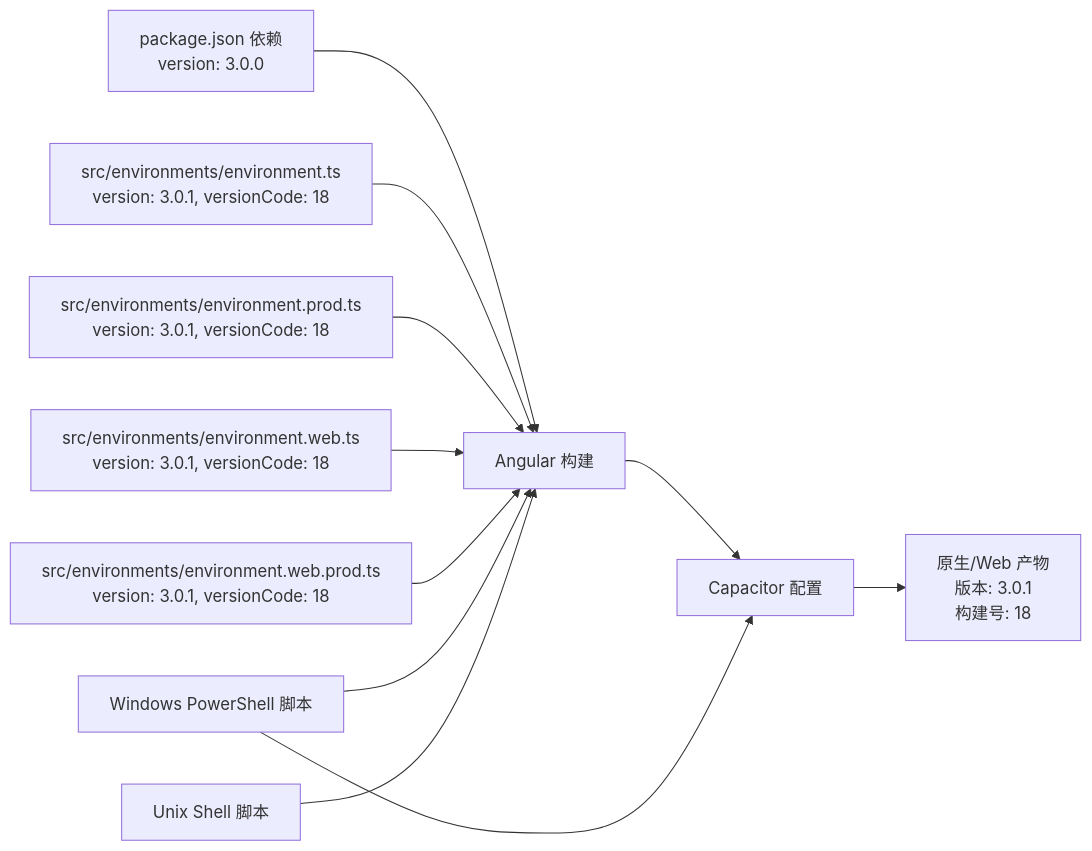
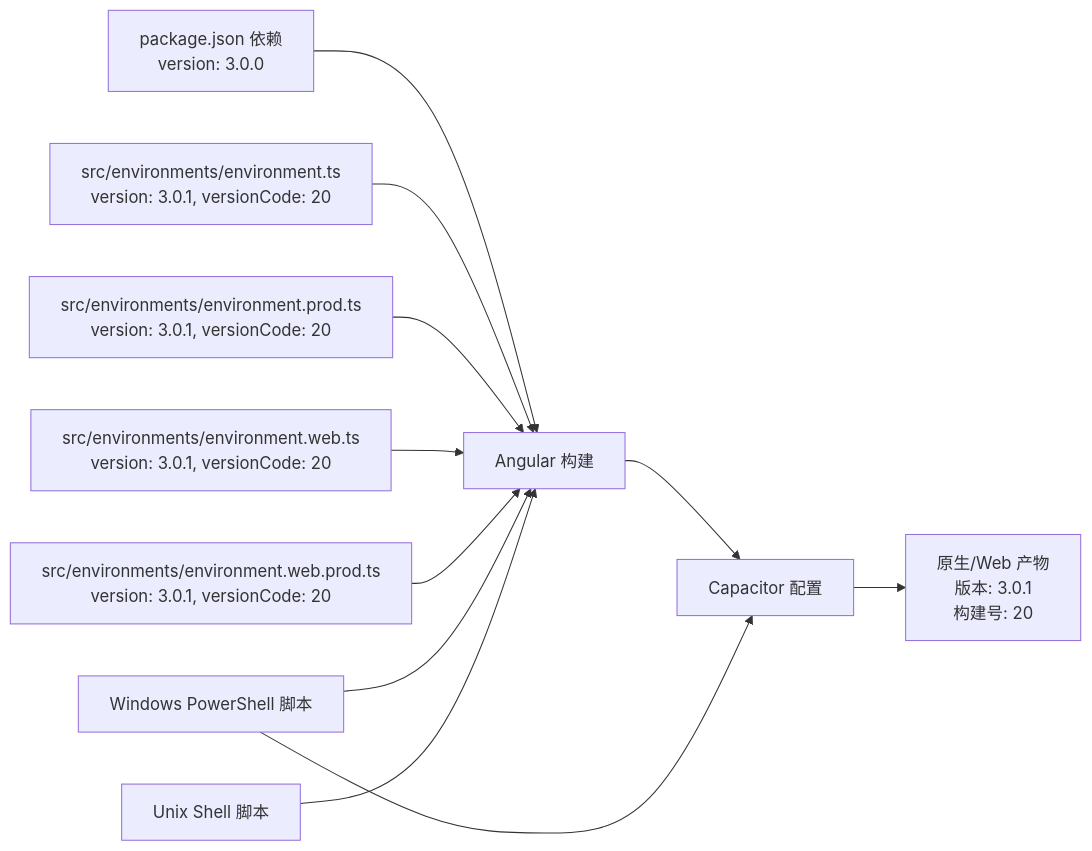
The ninth of 9 diagrams in .qoder/repowiki/zh/content/构建与部署/平台部署/平台部署.md (tea4go/Macro-Deck-Client-App), drawn with Mermaid before and after one commit. The commit also changed other lines of this file and 55 other files, not shown here.

````diff
--- a/.qoder/repowiki/zh/content/构建与部署/平台部署/平台部署.md
+++ b/.qoder/repowiki/zh/content/构建与部署/平台部署/平台部署.md
@@ -372,13 +372,13 @@
 ```mermaid
 graph LR
 P["package.json 依赖<br/>version: 3.0.0"] --> A["Angular 构建"]
 A --> C["Capacitor 配置"]
-C --> R["原生/Web 产物<br/>版本: 3.0.1<br/>构建号: 18"]
-E1["src/environments/environment.ts<br/>version: 3.0.1, versionCode: 18"] --> A
-E2["src/environments/environment.prod.ts<br/>version: 3.0.1, versionCode: 18"] --> A
-E3["src/environments/environment.web.ts<br/>version: 3.0.1, versionCode: 18"] --> A
-E4["src/environments/environment.web.prod.ts<br/>version: 3.0.1, versionCode: 18"] --> A
+C --> R["原生/Web 产物<br/>版本: 3.0.1<br/>构建号: 20"]
+E1["src/environments/environment.ts<br/>version: 3.0.1, versionCode: 20"] --> A
+E2["src/environments/environment.prod.ts<br/>version: 3.0.1, versionCode: 20"] --> A
+E3["src/environments/environment.web.ts<br/>version: 3.0.1, versionCode: 20"] --> A
+E4["src/environments/environment.web.prod.ts<br/>version: 3.0.1, versionCode: 20"] --> A
 WS["Windows PowerShell 脚本"] --> A
 WS --> C
 SH["Unix Shell 脚本"] --> A
 ```
````
